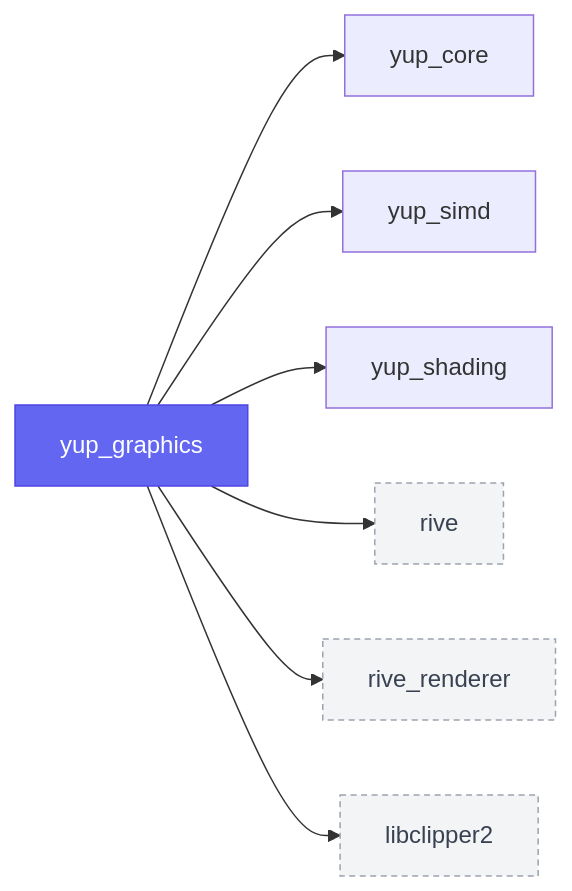
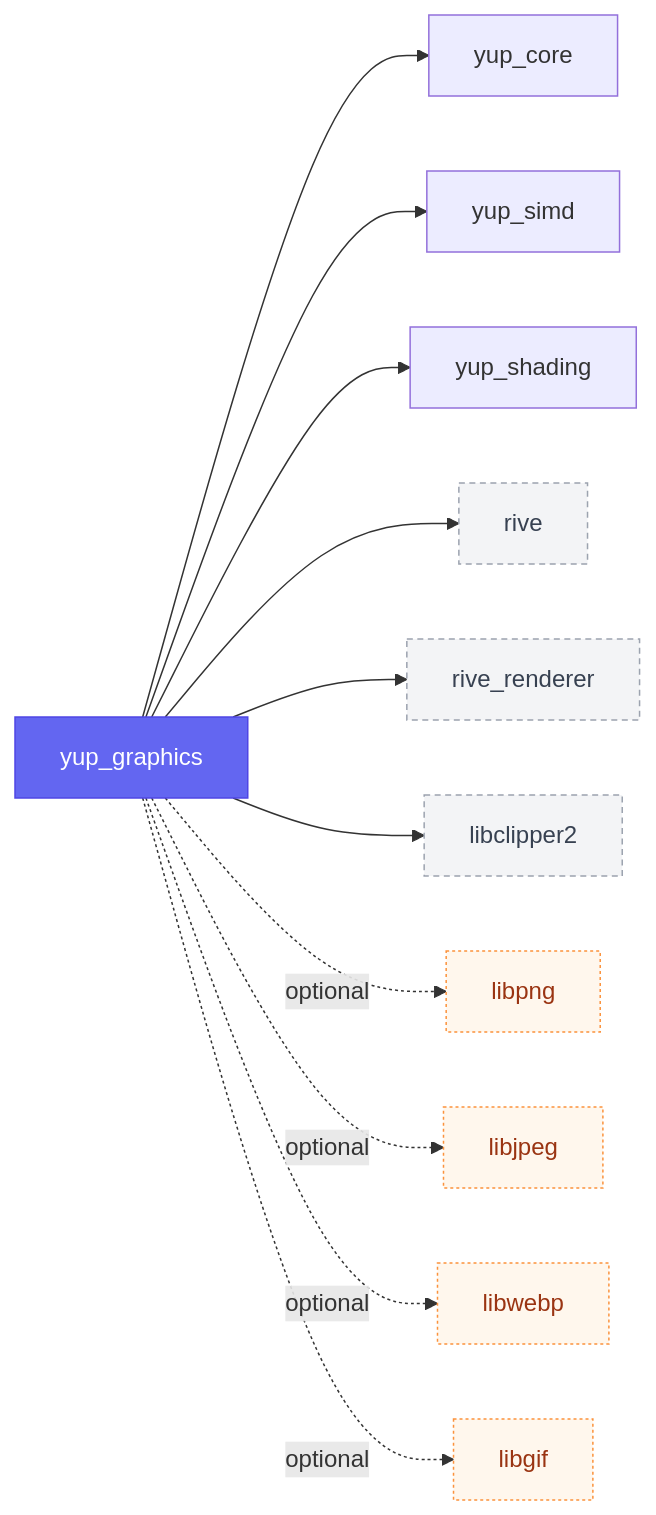
Before and after one commit to kunitoki/yup: the fifth of 19 diagrams in docs/modules.md, drawn with Mermaid. The commit also changed other lines of this file and 13 other files, not shown here.

````diff
--- a/docs/modules.md
+++ b/docs/modules.md
@@ -92,11 +129,16 @@
 ```mermaid
 flowchart LR
     yup_graphics:::self --> yup_core
     yup_graphics --> yup_simd
     yup_graphics --> yup_shading
     yup_graphics --> rive:::ext
     yup_graphics --> rive_renderer:::ext
     yup_graphics --> libclipper2:::ext
+    yup_graphics -. optional .-> libpng:::opt
+    yup_graphics -. optional .-> libjpeg:::opt
+    yup_graphics -. optional .-> libwebp:::opt
+    yup_graphics -. optional .-> libgif:::opt
     classDef self fill:#6366f1,color:#fff,stroke:#4f46e5;
     classDef ext fill:#f3f4f6,color:#374151,stroke:#9ca3af,stroke-dasharray:4 3;
+    classDef opt fill:#fff7ed,color:#9a3412,stroke:#fb923c,stroke-dasharray:2 2;
 ```
````
